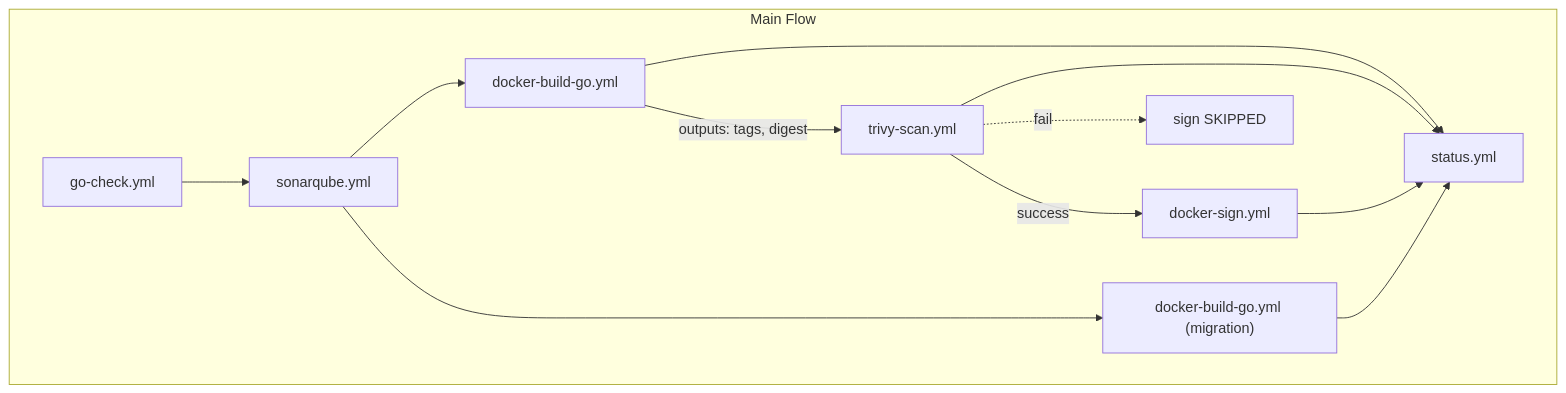
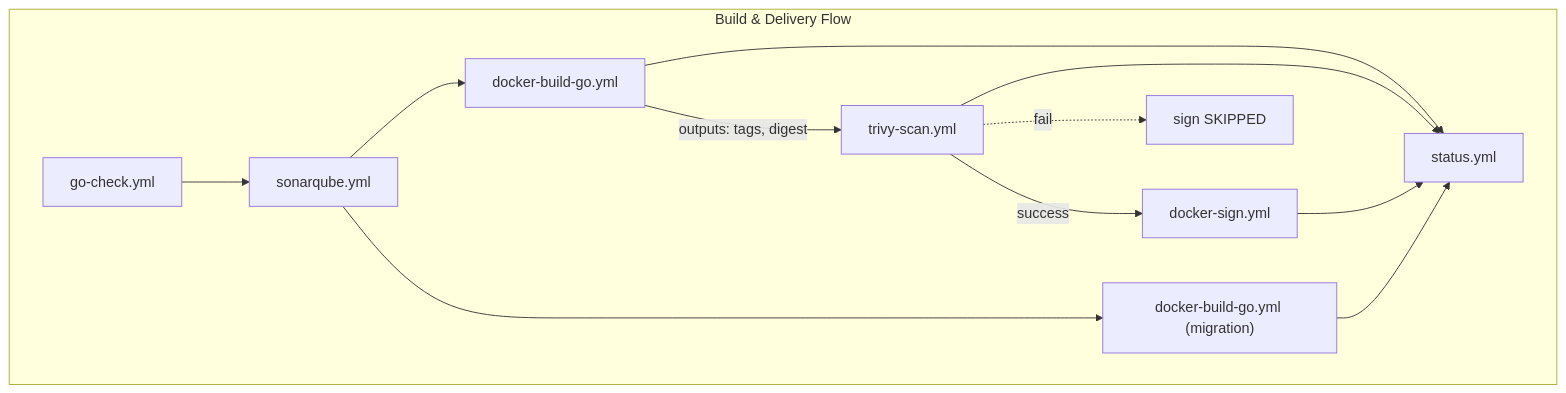
One commit to duynhlab/homelab changed the fourth of 9 diagrams in docs/platform/cicd.md. Above: the diagram before and after it, drawn with Mermaid. The commit also changed other lines of this file and 6 other files, not shown here.

````diff
--- a/docs/platform/cicd.md
+++ b/docs/platform/cicd.md
@@ -59,27 +112,27 @@
 ```mermaid
 flowchart TD
-    subgraph main_flow ["Main Flow"]
+    subgraph build_flow ["Build & Delivery Flow"]
         GOCHECK2["go-check.yml"]
         SONAR2["sonarqube.yml"]
 
         BUILD["docker-build-go.yml"]
         SCAN["trivy-scan.yml"]
         SIGN["docker-sign.yml"]
 
         DBINIT["docker-build-go.yml (migration)"]
 
         NOTIFY2["status.yml"]
 
         GOCHECK2 --> SONAR2
         SONAR2 --> BUILD
         SONAR2 --> DBINIT
         BUILD -->|"outputs: tags, digest"| SCAN
         SCAN -->|"success"| SIGN
         SCAN -.->|"fail"| SIGN_SKIP["sign SKIPPED"]
 
         BUILD --> NOTIFY2
         SCAN --> NOTIFY2
         SIGN --> NOTIFY2
         DBINIT --> NOTIFY2
     end
 ```
````
